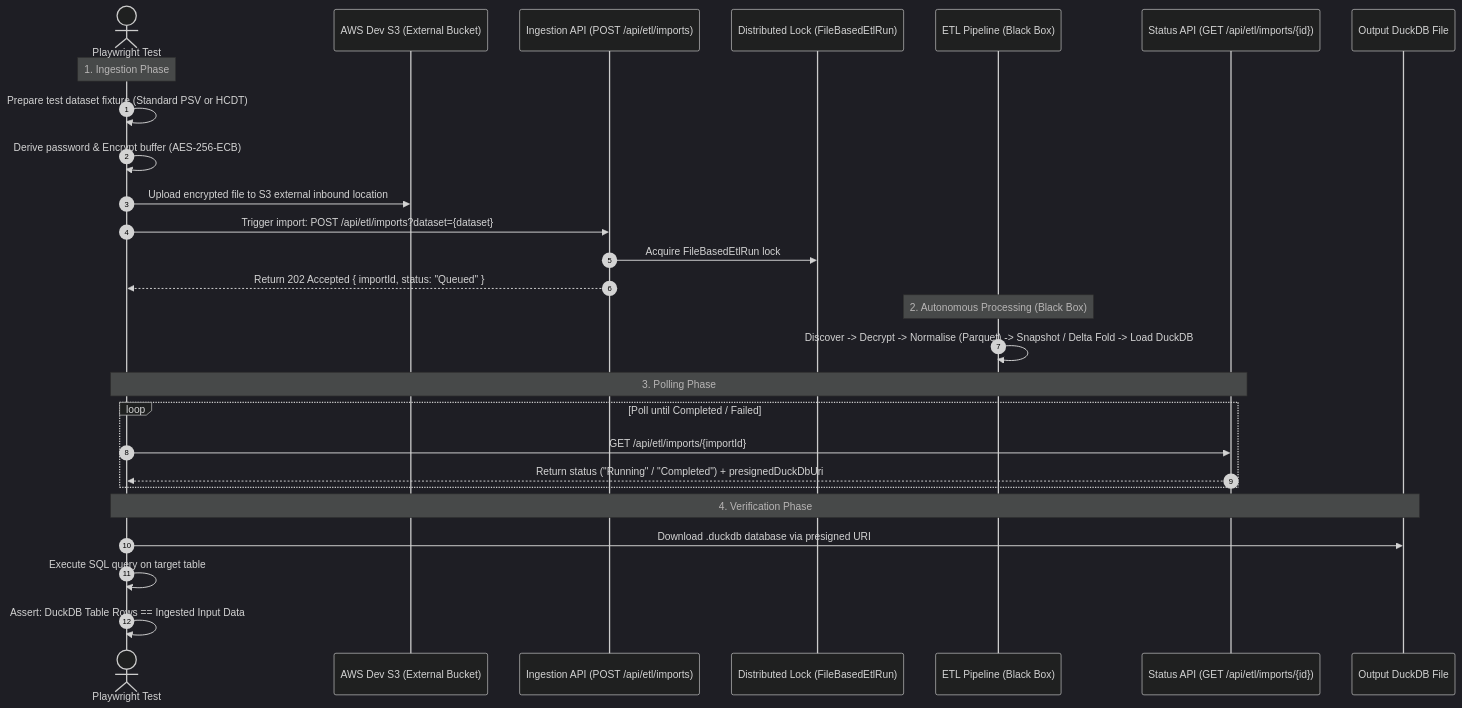
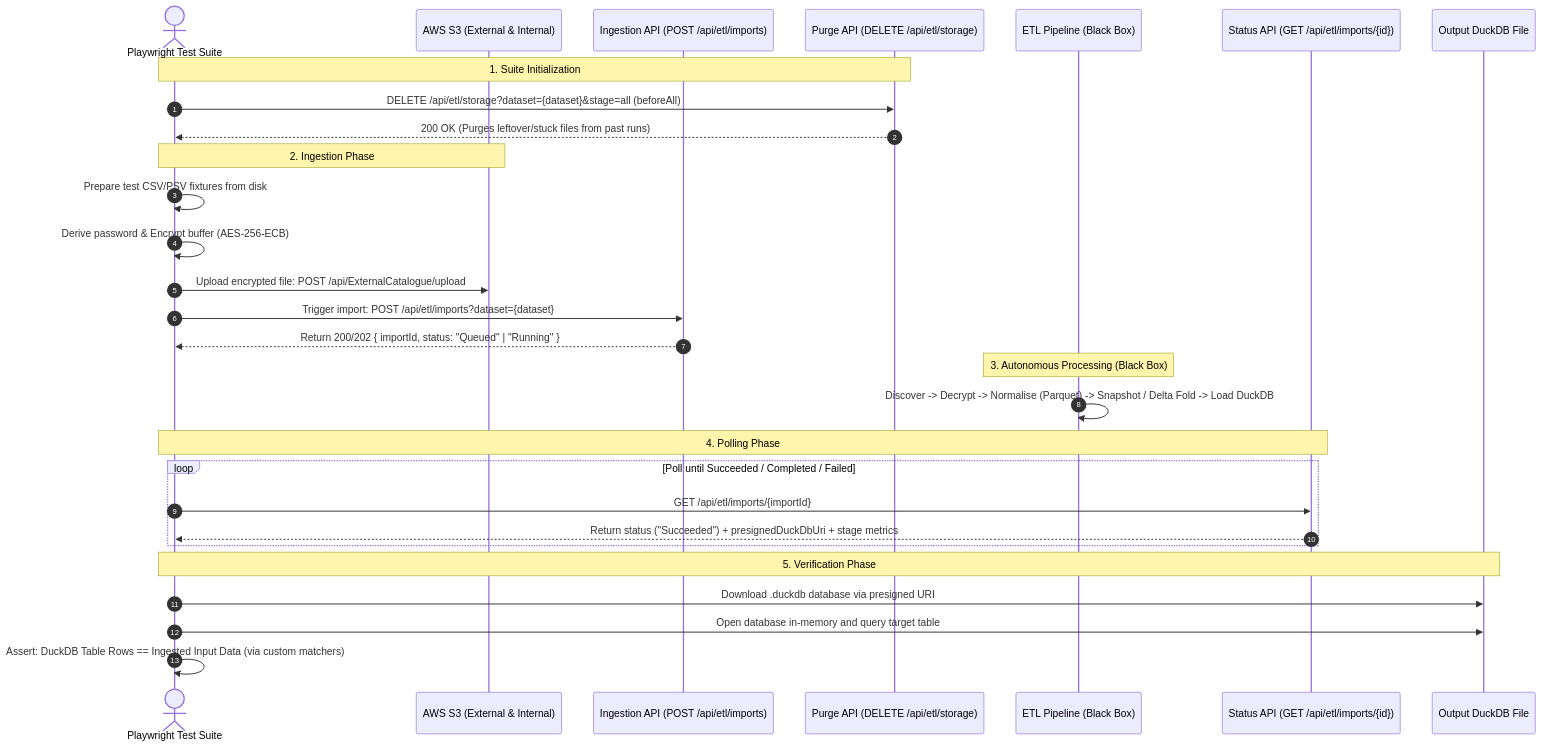
The first of 2 diagrams in QA_ARCHITECTURE.md (DEFRA/ls-keeper-data-api-tests), drawn with Mermaid before and after one commit. The commit also changed other lines of this file and 1 other file, not shown here.

Commit message:
docs: update QA architecture guide with E2E black-box test classification and storage purge

````diff
--- a/QA_ARCHITECTURE.md
+++ b/QA_ARCHITECTURE.md
@@ -21,34 +23,36 @@
 ```mermaid
-%%{init: { 'theme': 'dark' } }%%
 sequenceDiagram
     autonumber
-    actor Test as Playwright Test
-    participant S3 as AWS Dev S3 (External Bucket)
+    actor Test as Playwright Test Suite
+    participant S3 as AWS S3 (External & Internal)
     participant API as Ingestion API (POST /api/etl/imports)
-    participant Lock as Distributed Lock (FileBasedEtlRun)
+    participant Purge as Purge API (DELETE /api/etl/storage)
     participant ETL as ETL Pipeline (Black Box)
     participant StatusAPI as Status API (GET /api/etl/imports/{id})
     participant DuckDB as Output DuckDB File
 
-    Note over Test: 1. Ingestion Phase
-    Test->>Test: Prepare test dataset fixture (Standard PSV or HCDT)
+    Note over Test,Purge: 1. Suite Initialization
+    Test->>Purge: DELETE /api/etl/storage?dataset={dataset}&stage=all (beforeAll)
+    Purge-->>Test: 200 OK (Purges leftover/stuck files from past runs)
+
+    Note over Test,S3: 2. Ingestion Phase
+    Test->>Test: Prepare test CSV/PSV fixtures from disk
     Test->>Test: Derive password & Encrypt buffer (AES-256-ECB)
-    Test->>S3: Upload encrypted file to S3 external inbound location
+    Test->>S3: Upload encrypted file: POST /api/ExternalCatalogue/upload
     Test->>API: Trigger import: POST /api/etl/imports?dataset={dataset}
-    API->>Lock: Acquire FileBasedEtlRun lock
-    API-->>Test: Return 202 Accepted { importId, status: "Queued" }
+    API-->>Test: Return 200/202 { importId, status: "Queued" | "Running" }
 
-    Note over ETL: 2. Autonomous Processing (Black Box)
+    Note over ETL: 3. Autonomous Processing (Black Box)
     ETL->>ETL: Discover -> Decrypt -> Normalise (Parquet) -> Snapshot / Delta Fold -> Load DuckDB
 
-    Note over Test,StatusAPI: 3. Polling Phase
-    loop Poll until Completed / Failed
+    Note over Test,StatusAPI: 4. Polling Phase
+    loop Poll until Succeeded / Completed / Failed
         Test->>StatusAPI: GET /api/etl/imports/{importId}
-        StatusAPI-->>Test: Return status ("Running" / "Completed") + presignedDuckDbUri
+        StatusAPI-->>Test: Return status ("Succeeded") + presignedDuckDbUri + stage metrics
     end
 
-    Note over Test,DuckDB: 4. Verification Phase
+    Note over Test,DuckDB: 5. Verification Phase
     Test->>DuckDB: Download .duckdb database via presigned URI
-    Test->>Test: Execute SQL query on target table
-    Test->>Test: Assert: DuckDB Table Rows == Ingested Input Data
+    Test->>DuckDB: Open database in-memory and query target table
+    Test->>Test: Assert: DuckDB Table Rows == Ingested Input Data (via custom matchers)
 ```
````
